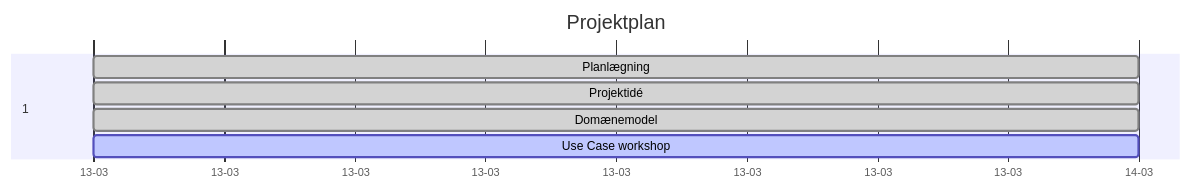
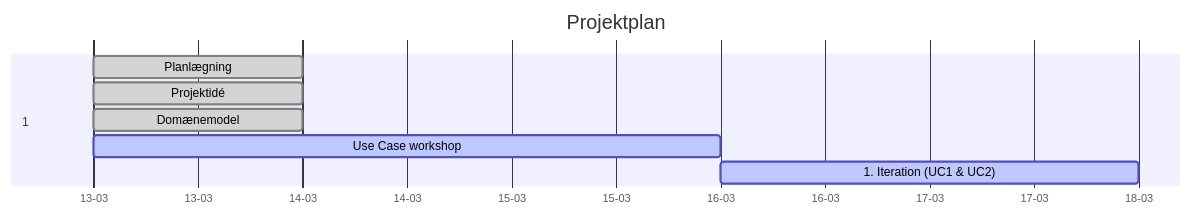
One commit to MatiasHeiberg/sibdat25-SysUd_SofArk_Project changed the diagram in docs/notes/Gantt.md. Above: the diagram before and after it, drawn with Mermaid. The commit also changed 2 other files, not shown here.

Commit message:
Lidt af hvert

````diff
--- a/docs/notes/Gantt.md
+++ b/docs/notes/Gantt.md
@@ -8,15 +8,16 @@
 ```mermaid
 gantt
     title Projektplan
     dateFormat  YYYY-MM-DD
     axisFormat  %d-%m
 
     section 1
     Planlægning          :done,    p1, 2026-03-13, 1d
     Projektidé           :done,    p1, 2026-03-13, 1d
 	Domænemodel          :done,    p1, 2026-03-13, 1d
-	Use Case workshop    :active,  p1, 2026-03-13, 1d
+	Use Case workshop    :active,  p1, 2026-03-13, 3d
+	1. Iteration (UC1 & UC2)    :active,  p1, 2026-03-16, 2d
 
 
     
 ```
````
